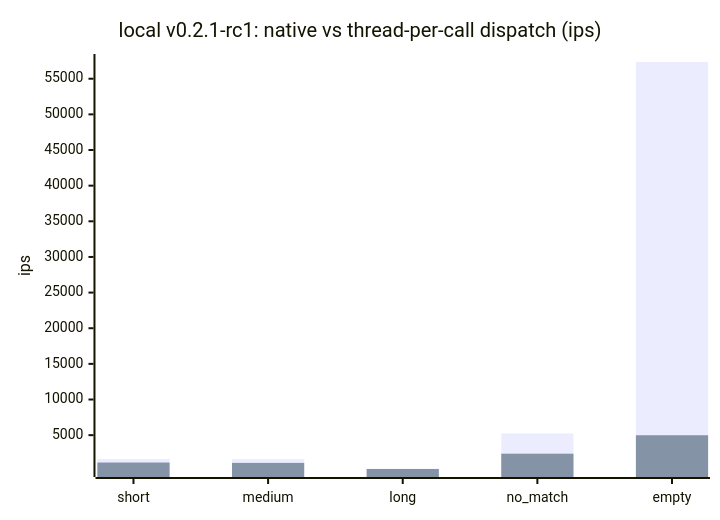
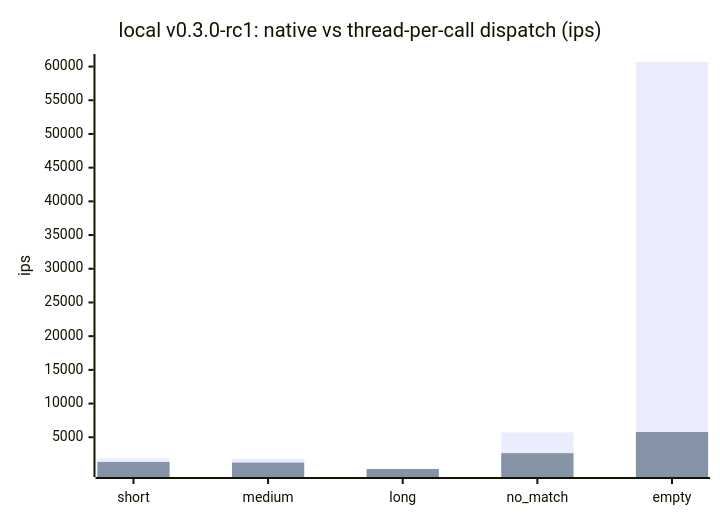
One commit to cpb/duckling changed the third of 5 diagrams in docs/benchmarks/README.md. Above: the diagram before and after it, drawn with Mermaid. The commit also changed other lines of this file and 3 other files, not shown here.

````diff
--- a/docs/benchmarks/README.md
+++ b/docs/benchmarks/README.md
@@ -124,8 +124,8 @@
 ```mermaid
 xychart-beta
-    title "local v0.2.1-rc1: native vs thread-per-call dispatch (ips)"
+    title "local v0.3.0-rc1: native vs thread-per-call dispatch (ips)"
     x-axis [short, medium, long, no_match, empty]
     y-axis "ips"
-    bar "native" [1649.5, 1640.8, 305.6, 5245.1, 57346.4]
-    bar "thread-per-call" [1159.0, 1110.2, 252.3, 2399.9, 4986.6]
+    bar "native" [1859.7, 1837.8, 329.8, 5715.7, 60677.4]
+    bar "thread-per-call" [1338.4, 1240.2, 291.2, 2636.8, 5788.3]
 ```
````
